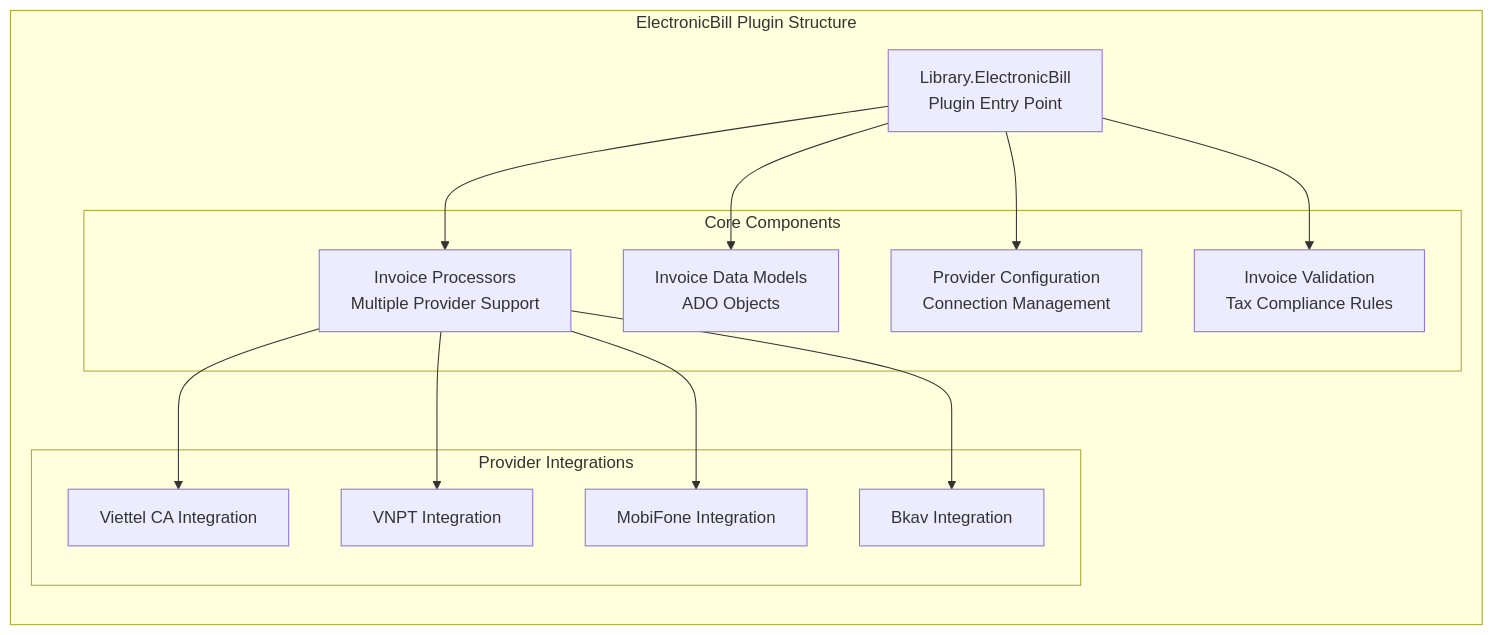
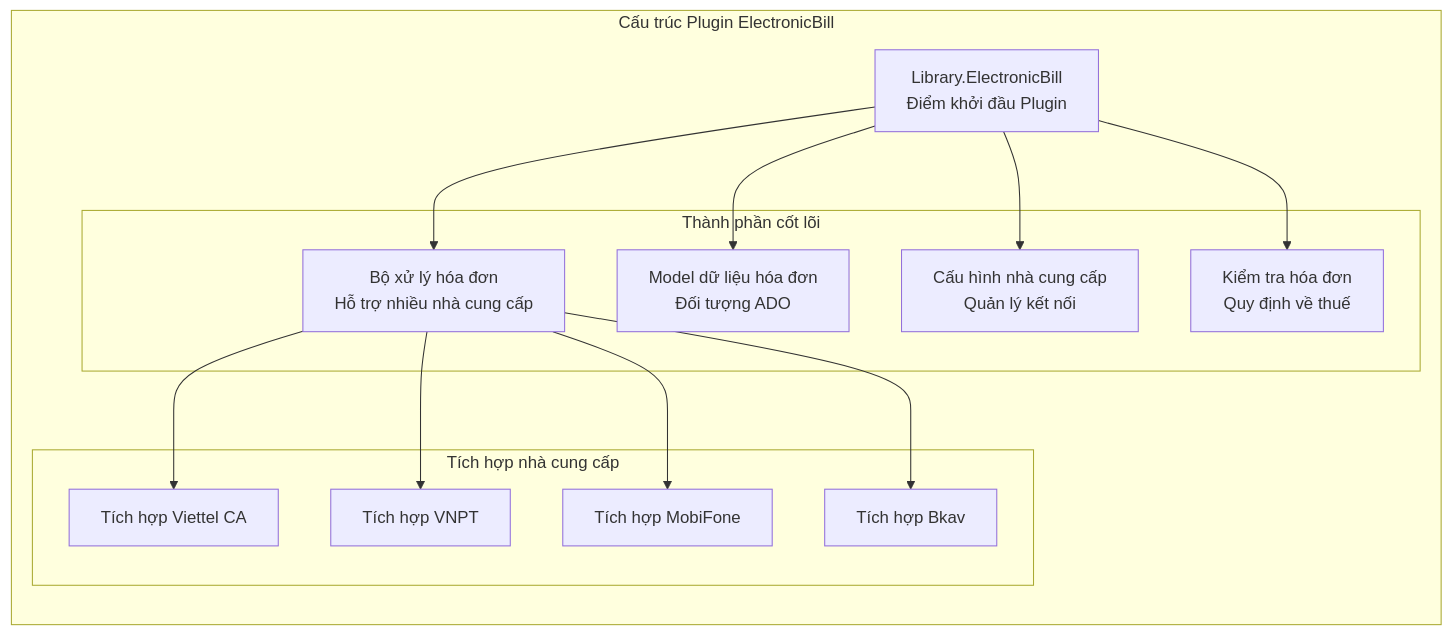
The second of 14 diagrams in docs/his-ba-documentation/04-integrations/helper-plugins.md (thangpnb/HIS), drawn with Mermaid before and after one commit. The commit also changed other lines of this file and 30 other files, not shown here.

Commit message:
Refactor architecture docs and update translations

````diff
--- a/docs/his-ba-documentation/04-integrations/helper-plugins.md
+++ b/docs/his-ba-documentation/04-integrations/helper-plugins.md
@@ -57,30 +57,30 @@
 ```mermaid
 graph LR
-    subgraph "ElectronicBill Plugin Structure"
-        Entry["Library.ElectronicBill<br/>Plugin Entry Point"]
+    subgraph "Cấu trúc Plugin ElectronicBill"
+        Entry["Library.ElectronicBill<br/>Điểm khởi đầu Plugin"]
         
-        subgraph "Core Components"
-            Processor["Invoice Processors<br/>Multiple Provider Support"]
-            Models["Invoice Data Models<br/>ADO Objects"]
-            Config["Provider Configuration<br/>Connection Management"]
-            Validation["Invoice Validation<br/>Tax Compliance Rules"]
+        subgraph "Thành phần cốt lõi"
+            Processor["Bộ xử lý hóa đơn<br/>Hỗ trợ nhiều nhà cung cấp"]
+            Models["Model dữ liệu hóa đơn<br/>Đối tượng ADO"]
+            Config["Cấu hình nhà cung cấp<br/>Quản lý kết nối"]
+            Validation["Kiểm tra hóa đơn<br/>Quy định về thuế"]
         end
         
-        subgraph "Provider Integrations"
-            ViettelCA["Viettel CA Integration"]
-            VNPT["VNPT Integration"]
-            MobiFone["MobiFone Integration"]
-            Bkav["Bkav Integration"]
+        subgraph "Tích hợp nhà cung cấp"
+            ViettelCA["Tích hợp Viettel CA"]
+            VNPT["Tích hợp VNPT"]
+            MobiFone["Tích hợp MobiFone"]
+            Bkav["Tích hợp Bkav"]
         end
     end
     
     Entry --> Processor
     Entry --> Models
     Entry --> Config
     Entry --> Validation
     
     Processor --> ViettelCA
     Processor --> VNPT
     Processor --> MobiFone
     Processor --> Bkav
 ```
````
